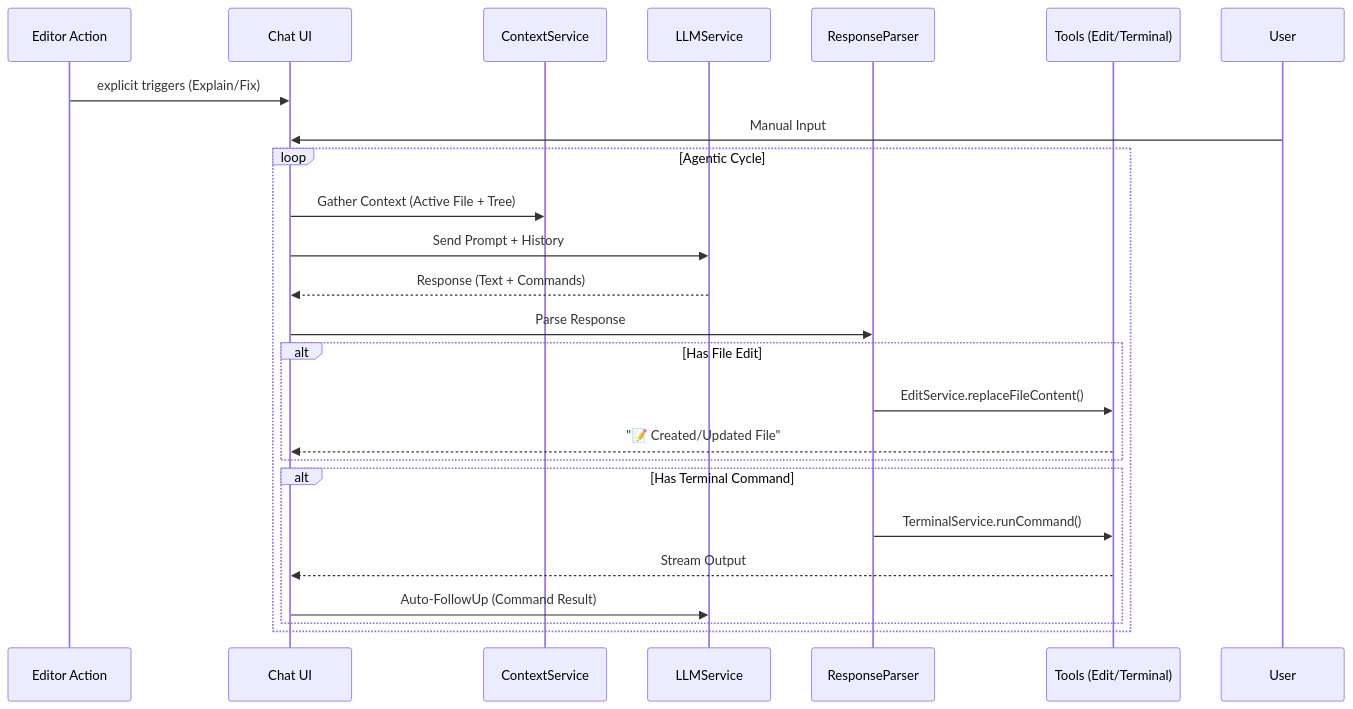
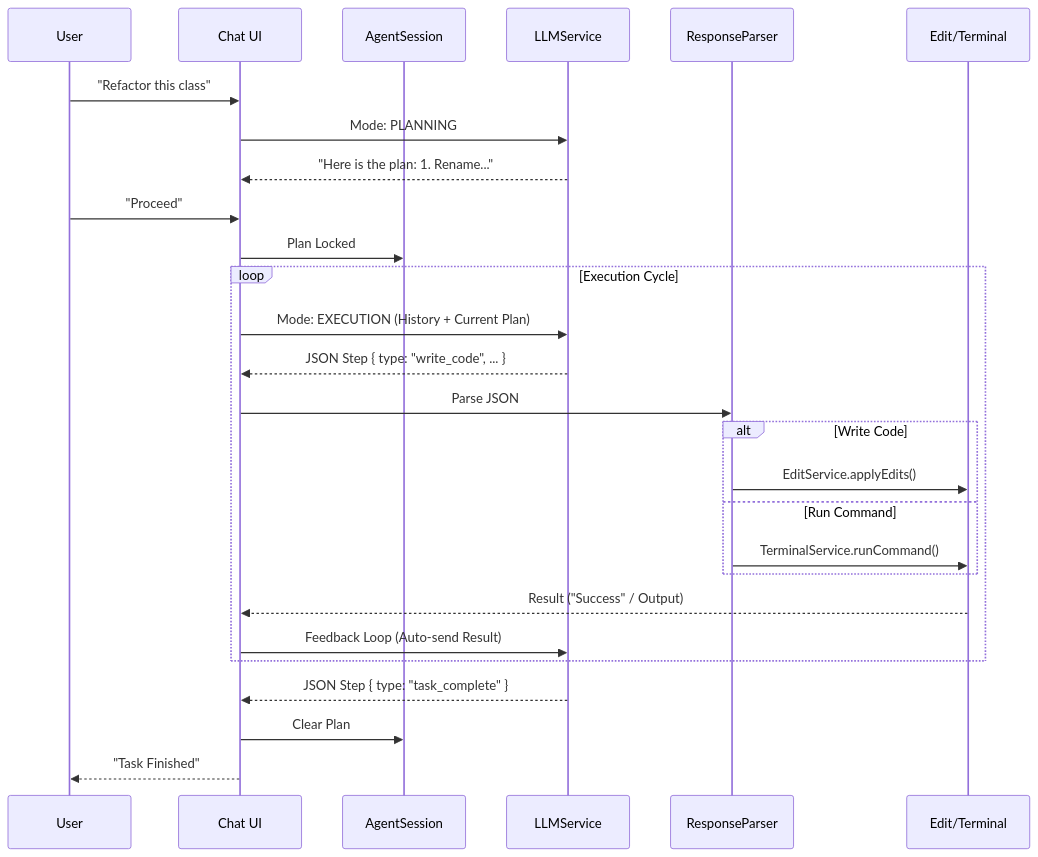
One commit to xangcastle/ronin changed the second of 2 diagrams in README.md. Above: the diagram before and after it, drawn with Mermaid. The commit also changed other lines of this file and 7 other files, not shown here.

Commit message:
Add Ronin configuration and command execution services for enhanced project management

````diff
--- a/README.md
+++ b/README.md
@@ -68,31 +106,36 @@
 ```mermaid
 sequenceDiagram
-    participant Action as Editor Action
+    participant User
     participant UI as Chat UI
-    participant Context as ContextService
+    participant Agent as AgentSession
     participant LLM as LLMService
     participant Parser as ResponseParser
-    participant Tools as Tools (Edit/Terminal)
+    participant Tools as Edit/Terminal
 
-    Action->>UI: explicit triggers (Explain/Fix)
-    User->>UI: Manual Input
+    User->>UI: "Refactor this class"
+    UI->>LLM: Mode: PLANNING
+    LLM-->>UI: "Here is the plan: 1. Rename..."
     
-    loop Agentic Cycle
-        UI->>Context: Gather Context (Active File + Tree)
-        UI->>LLM: Send Prompt + History
-        LLM-->>UI: Response (Text + Commands)
+    User->>UI: "Proceed"
+    UI->>Agent: Plan Locked
+    
+    loop Execution Cycle
+        UI->>LLM: Mode: EXECUTION (History + Current Plan)
+        LLM-->>UI: JSON Step { type: "write_code", ... }
         
-        UI->>Parser: Parse Response
+        UI->>Parser: Parse JSON
         
-        alt Has File Edit
-            Parser->>Tools: EditService.replaceFileContent()
-            Tools-->>UI: "📝 Created/Updated File"
+        alt Write Code
+            Parser->>Tools: EditService.applyEdits()
+        else Run Command
+            Parser->>Tools: TerminalService.runCommand()
         end
         
-        alt Has Terminal Command
-            Parser->>Tools: TerminalService.runCommand()
-            Tools-->>UI: Stream Output
-            UI->>LLM: Auto-FollowUp (Command Result)
-        end
+        Tools-->>UI: Result ("Success" / Output)
+        UI->>LLM: Feedback Loop (Auto-send Result)
     end
+    
+    LLM-->>UI: JSON Step { type: "task_complete" }
+    UI->>Agent: Clear Plan
+    UI-->>User: "Task Finished"
 ```
````
